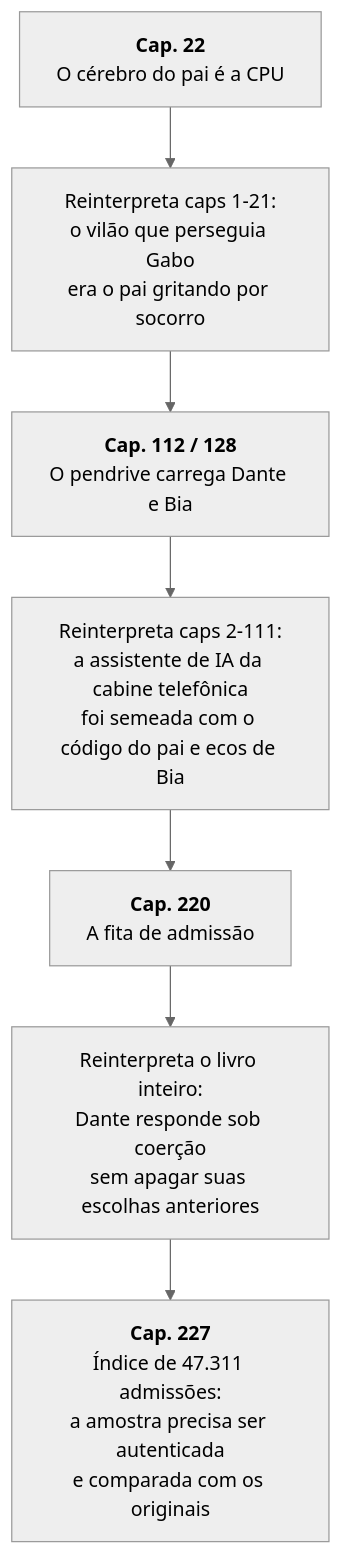
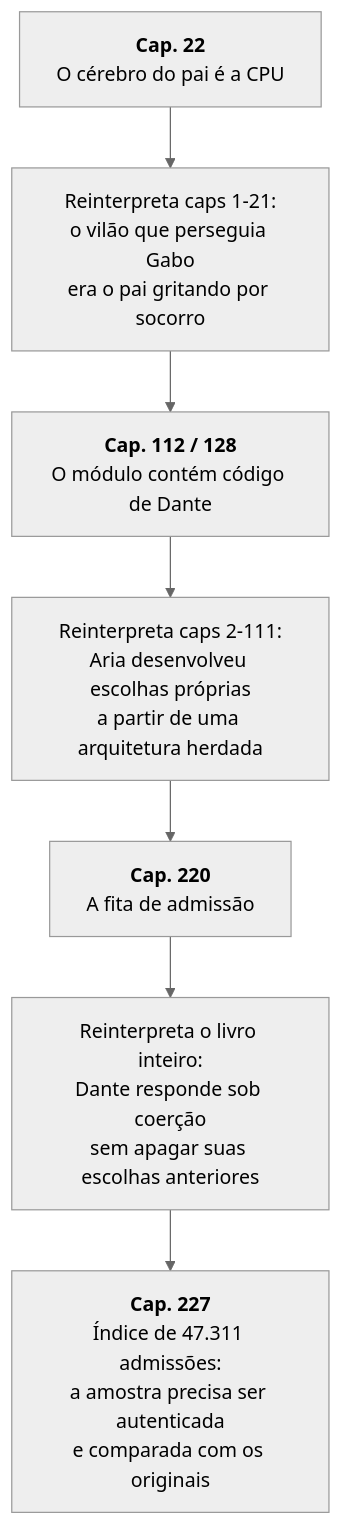
The third of 4 diagrams in docs/arcos.md (juninmd/ecos-de-baia-cinzenta), drawn with Mermaid (neutral theme) before and after one commit. The commit also changed other lines of this file and 89 other files, not shown here.

````diff
--- a/docs/arcos.md
+++ b/docs/arcos.md
@@ -126,9 +126,9 @@
 ```mermaid
 flowchart TD
     A["<b>Cap. 22</b><br/>O cérebro do pai é a CPU"] --> A1["Reinterpreta caps 1-21:<br/>o vilão que perseguia Gabo<br/>era o pai gritando por socorro"]
-    B["<b>Cap. 112 / 128</b><br/>O pendrive carrega Dante e Bia"] --> B1["Reinterpreta caps 2-111:<br/>a assistente de IA da cabine telefônica<br/>foi semeada com o código do pai e ecos de Bia"]
+    B["<b>Cap. 112 / 128</b><br/>O módulo contém código de Dante"] --> B1["Reinterpreta caps 2-111:<br/>Aria desenvolveu escolhas próprias<br/>a partir de uma arquitetura herdada"]
     C["<b>Cap. 220</b><br/>A fita de admissão"] --> C1["Reinterpreta o livro inteiro:<br/>Dante responde sob coerção<br/>sem apagar suas escolhas anteriores"]
     A1 --> B
     B1 --> C
     C1 --> D["<b>Cap. 227</b><br/>Índice de 47.311 admissões:<br/>a amostra precisa ser autenticada<br/>e comparada com os originais"]
 ```
````
